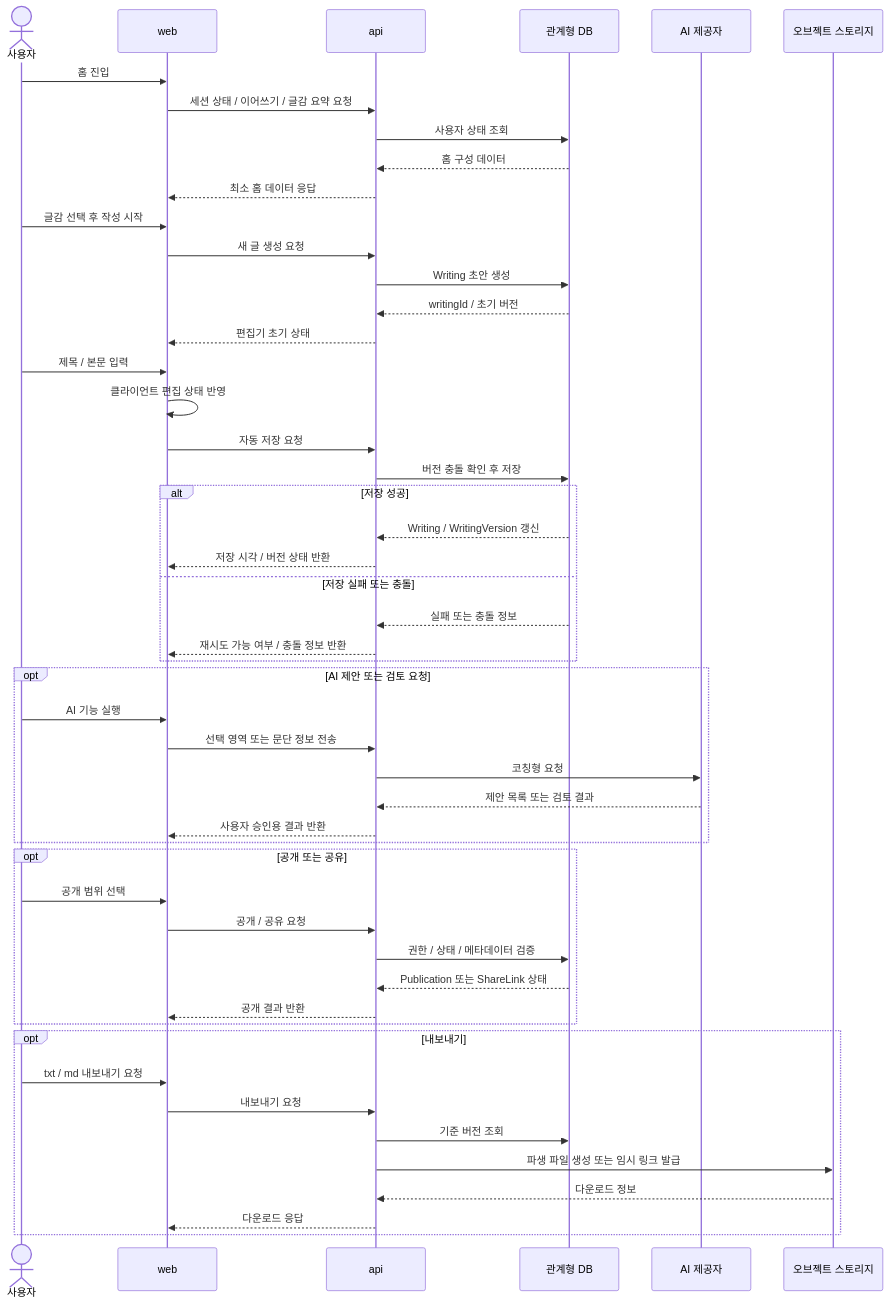
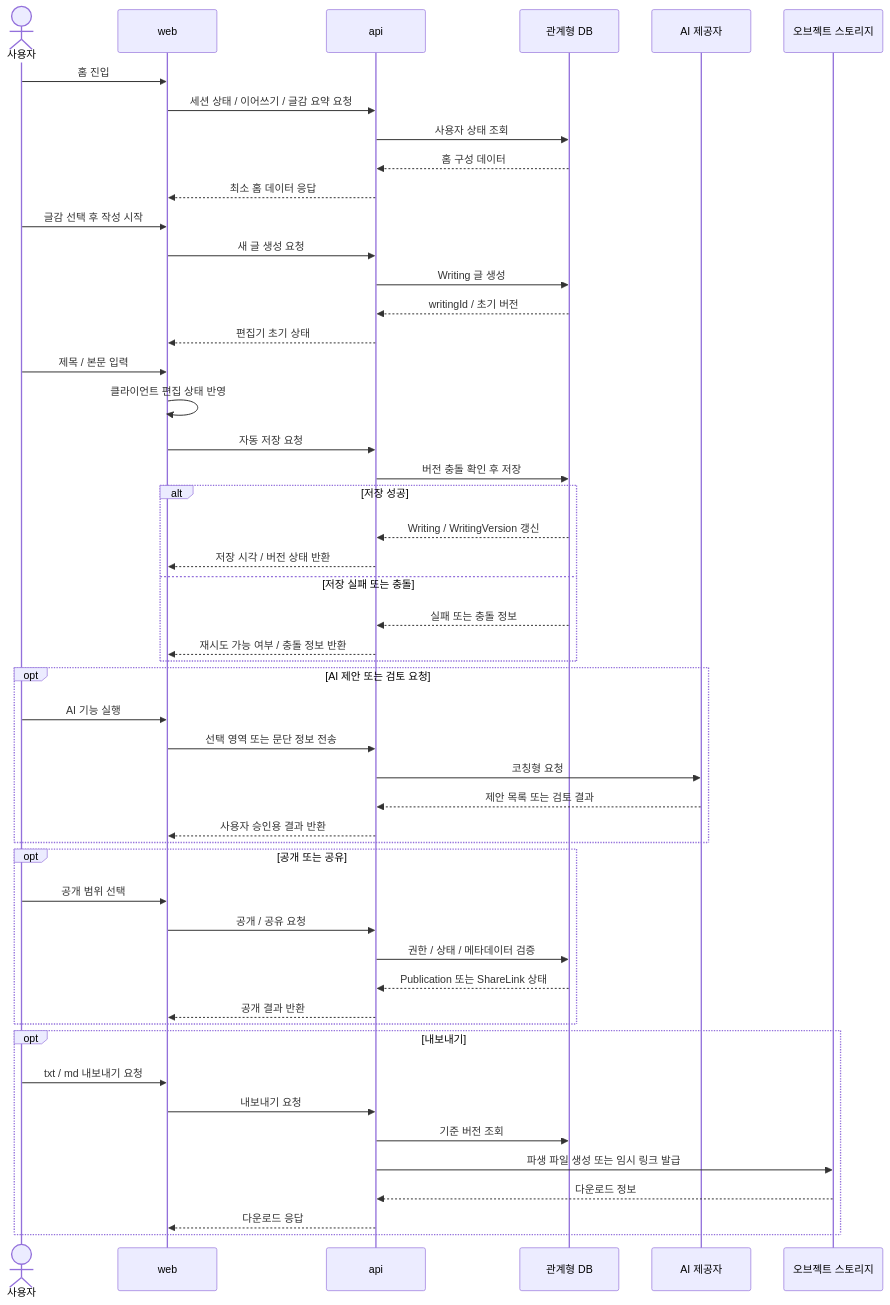
Before and after one commit to qaws7791/writing-app: the diagram in docs/03-architecture/diagrams/writing-runtime-flow.md, drawn with Mermaid. The commit also changed 315 other files, not shown here.

````diff
--- a/docs/03-architecture/diagrams/writing-runtime-flow.md
+++ b/docs/03-architecture/diagrams/writing-runtime-flow.md
@@ -10,58 +10,58 @@
 ```mermaid
 sequenceDiagram
     actor User as 사용자
     participant Web as web
     participant API as api
     participant DB as 관계형 DB
     participant AI as AI 제공자
     participant Storage as 오브젝트 스토리지
 
     User->>Web: 홈 진입
     Web->>API: 세션 상태 / 이어쓰기 / 글감 요약 요청
     API->>DB: 사용자 상태 조회
     DB-->>API: 홈 구성 데이터
     API-->>Web: 최소 홈 데이터 응답
 
     User->>Web: 글감 선택 후 작성 시작
     Web->>API: 새 글 생성 요청
-    API->>DB: Writing 초안 생성
+    API->>DB: Writing 글 생성
     DB-->>API: writingId / 초기 버전
     API-->>Web: 편집기 초기 상태
 
     User->>Web: 제목 / 본문 입력
     Web->>Web: 클라이언트 편집 상태 반영
     Web->>API: 자동 저장 요청
     API->>DB: 버전 충돌 확인 후 저장
     alt 저장 성공
         DB-->>API: Writing / WritingVersion 갱신
         API-->>Web: 저장 시각 / 버전 상태 반환
     else 저장 실패 또는 충돌
         DB-->>API: 실패 또는 충돌 정보
         API-->>Web: 재시도 가능 여부 / 충돌 정보 반환
     end
 
     opt AI 제안 또는 검토 요청
         User->>Web: AI 기능 실행
         Web->>API: 선택 영역 또는 문단 정보 전송
         API->>AI: 코칭형 요청
         AI-->>API: 제안 목록 또는 검토 결과
         API-->>Web: 사용자 승인용 결과 반환
     end
 
     opt 공개 또는 공유
         User->>Web: 공개 범위 선택
         Web->>API: 공개 / 공유 요청
         API->>DB: 권한 / 상태 / 메타데이터 검증
         DB-->>API: Publication 또는 ShareLink 상태
         API-->>Web: 공개 결과 반환
     end
 
     opt 내보내기
         User->>Web: txt / md 내보내기 요청
         Web->>API: 내보내기 요청
         API->>DB: 기준 버전 조회
         API->>Storage: 파생 파일 생성 또는 임시 링크 발급
         Storage-->>API: 다운로드 정보
         API-->>Web: 다운로드 응답
     end
 ```
````
